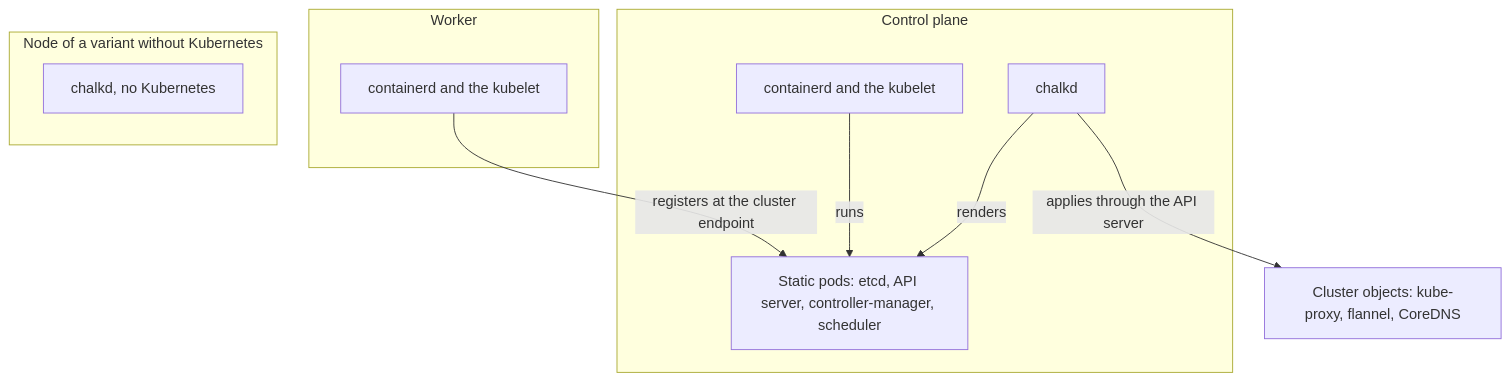
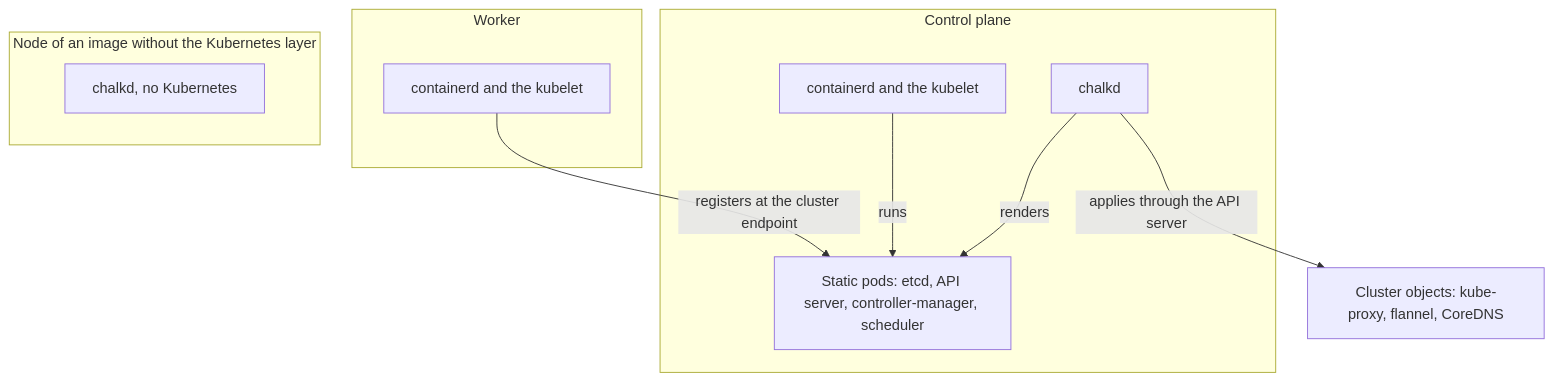
One commit to trevex/chalkos changed the diagram in docs/how-it-works/kubernetes/overview.md. Above: the diagram before and after it, drawn with Mermaid. The commit also changed other lines of this file and 68 other files, not shown here.

````diff
--- a/docs/how-it-works/kubernetes/overview.md
+++ b/docs/how-it-works/kubernetes/overview.md
@@ -12,19 +14,19 @@
 ```mermaid
 flowchart TB
     subgraph cp["Control plane"]
         cpchalkd["chalkd"]
         cpkubelet["containerd and the kubelet"]
         pods["Static pods: etcd, API server, controller-manager, scheduler"]
         cpchalkd -->|renders| pods
         cpkubelet -->|runs| pods
     end
     subgraph worker["Worker"]
         wkubelet["containerd and the kubelet"]
     end
-    subgraph plain["Node of a variant without Kubernetes"]
+    subgraph plain["Node of an image without the Kubernetes layer"]
         pchalkd["chalkd, no Kubernetes"]
     end
     wkubelet -->|registers at the cluster endpoint| pods
     addons["Cluster objects: kube-proxy, flannel, CoreDNS"]
     cpchalkd -->|applies through the API server| addons
 ```
````
